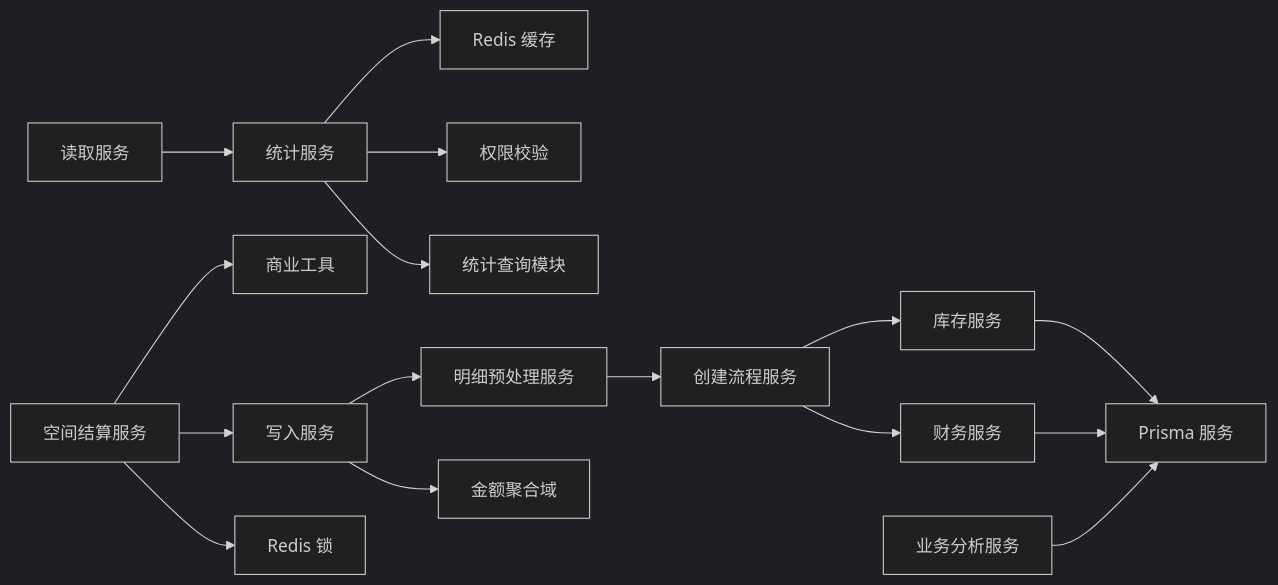
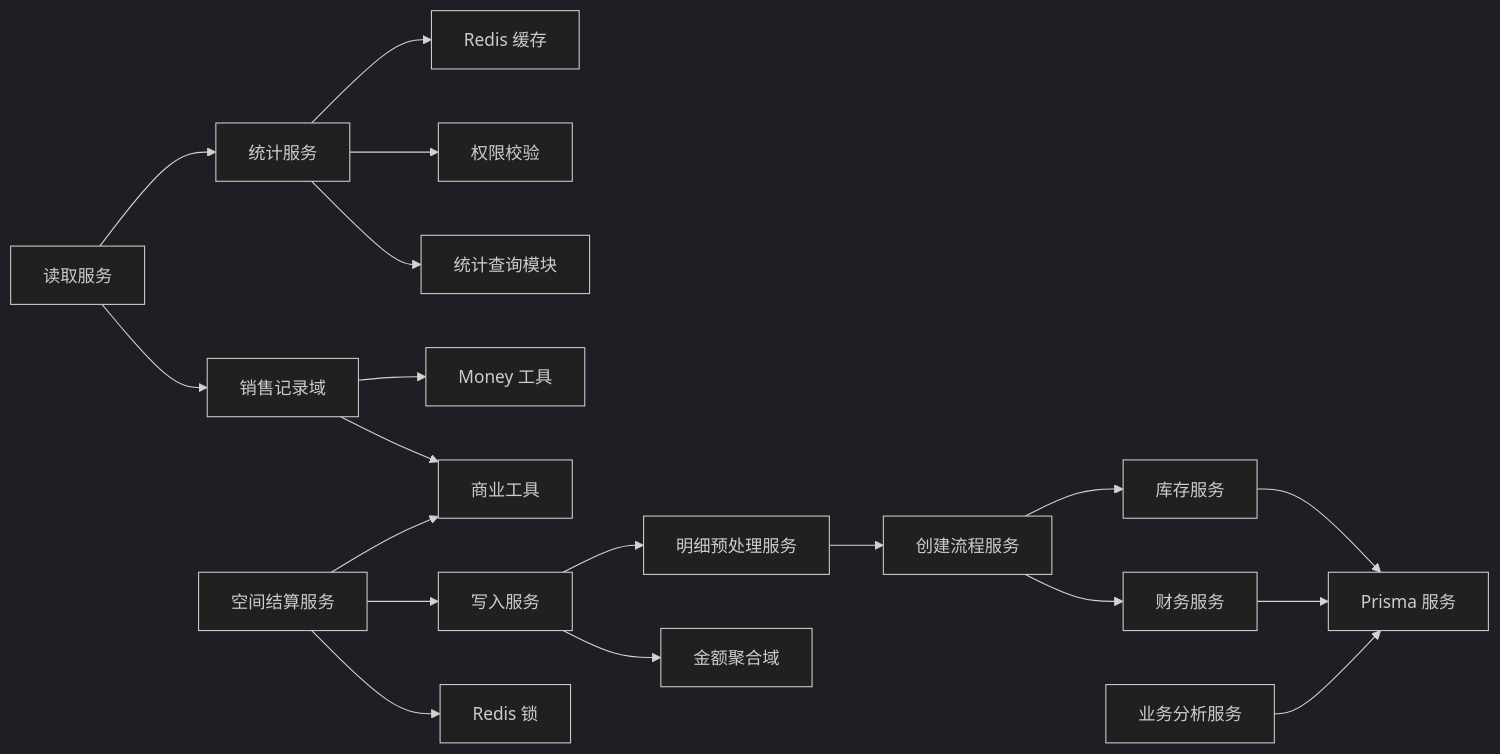
Before and after one commit to rc558620/purelyprofit-server: the sixth of 6 diagrams in .qoder/repowiki/zh/content/业务模块/运营管理模块/销售管理.md, drawn with Mermaid (dark theme). The commit also changed other lines of this file and 117 other files, not shown here.

````diff
--- a/.qoder/repowiki/zh/content/业务模块/运营管理模块/销售管理.md
+++ b/.qoder/repowiki/zh/content/业务模块/运营管理模块/销售管理.md
@@ -889,18 +1044,21 @@
 ```mermaid
 graph LR
 WRITESVC["写入服务"] --> PREP["明细预处理服务"]
 WRITESVC --> AMOUNTS["金额聚合域"]
 PREP --> CREATEFLOW["创建流程服务"]
 CREATEFLOW --> INV["库存服务"]
 CREATEFLOW --> FIN["财务服务"]
 READSVC["读取服务"] --> STATSSVC["统计服务"]
+READSVC --> DOMAIN["销售记录域"]
 STATSSVC --> REDIS["Redis 缓存"]
 STATSSVC --> ACCESS["权限校验"]
 STATSSVC --> QUERY["统计查询模块"]
-SPACESVC["空间结算服务"] --> COMMERCE["商业工具"]
+DOMAIN --> MONEY["Money 工具"]
+DOMAIN --> COMMERCE["商业工具"]
+SPACESVC["空间结算服务"] --> COMMERCE
 SPACESVC --> WRITESVC
 SPACESVC --> LOCK["Redis 锁"]
 BASVC["业务分析服务"] --> PRISMA["Prisma 服务"]
 FIN --> PRISMA
 INV --> PRISMA
 ```
````
